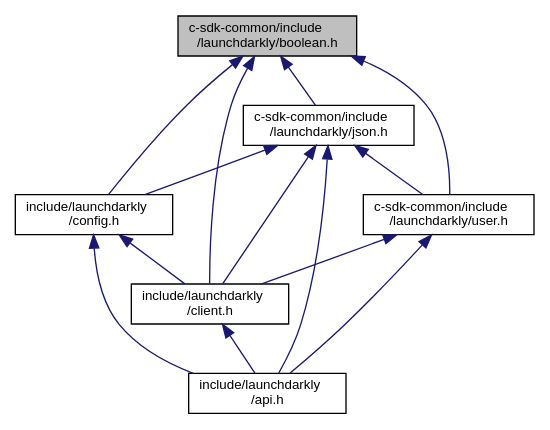
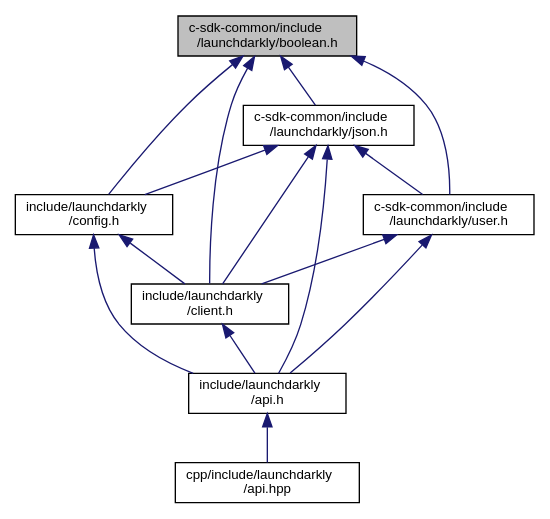
Before and after one commit to launchdarkly/c-client-sdk: the diagram in boolean_8h__dep__incl.dot, drawn with Graphviz. The commit also changed 97 other files, not shown here.

```diff
--- a/boolean_8h__dep__incl.dot
+++ b/boolean_8h__dep__incl.dot
@@ -1,24 +1,26 @@
 digraph "c-sdk-common/include/launchdarkly/boolean.h"
 {
   edge [fontname="Helvetica",fontsize="10",labelfontname="Helvetica",labelfontsize="10"];
   node [fontname="Helvetica",fontsize="10",shape=record];
   Node1 [label="c-sdk-common/include\l/launchdarkly/boolean.h",height=0.2,width=0.4,color="black", fillcolor="grey75", style="filled", fontcolor="black"];
   Node1 -> Node2 [dir="back",color="midnightblue",fontsize="10",style="solid",fontname="Helvetica"];
   Node2 [label="include/launchdarkly\l/client.h",height=0.2,width=0.4,color="black", fillcolor="white", style="filled",URL="$client_8h.html",tooltip="Public Client control and variations. "];
   Node2 -> Node3 [dir="back",color="midnightblue",fontsize="10",style="solid",fontname="Helvetica"];
   Node3 [label="include/launchdarkly\l/api.h",height=0.2,width=0.4,color="black", fillcolor="white", style="filled",URL="$api_8h.html",tooltip="Public API. Include this for every public operation. "];
-  Node1 -> Node4 [dir="back",color="midnightblue",fontsize="10",style="solid",fontname="Helvetica"];
-  Node4 [label="include/launchdarkly\l/config.h",height=0.2,width=0.4,color="black", fillcolor="white", style="filled",URL="$config_8h.html",tooltip="Public API Interface for Configuration. "];
-  Node4 -> Node2 [dir="back",color="midnightblue",fontsize="10",style="solid",fontname="Helvetica"];
-  Node4 -> Node3 [dir="back",color="midnightblue",fontsize="10",style="solid",fontname="Helvetica"];
+  Node3 -> Node4 [dir="back",color="midnightblue",fontsize="10",style="solid",fontname="Helvetica"];
+  Node4 [label="cpp/include/launchdarkly\l/api.hpp",height=0.2,width=0.4,color="black", fillcolor="white", style="filled",URL="$api_8hpp.html",tooltip="Public C++ bindings for the LaunchDarkly Client Side C/C++ SDK. "];
   Node1 -> Node5 [dir="back",color="midnightblue",fontsize="10",style="solid",fontname="Helvetica"];
-  Node5 [label="c-sdk-common/include\l/launchdarkly/json.h",height=0.2,width=0.4,color="black", fillcolor="white", style="filled",URL="$json_8h.html",tooltip="Public API Interface for JSON usage. "];
-  Node5 -> Node4 [dir="back",color="midnightblue",fontsize="10",style="solid",fontname="Helvetica"];
+  Node5 [label="include/launchdarkly\l/config.h",height=0.2,width=0.4,color="black", fillcolor="white", style="filled",URL="$config_8h.html",tooltip="Public API Interface for Configuration. "];
   Node5 -> Node2 [dir="back",color="midnightblue",fontsize="10",style="solid",fontname="Helvetica"];
-  Node5 -> Node6 [dir="back",color="midnightblue",fontsize="10",style="solid",fontname="Helvetica"];
-  Node6 [label="c-sdk-common/include\l/launchdarkly/user.h",height=0.2,width=0.4,color="black", fillcolor="white", style="filled",URL="$user_8h.html",tooltip="Public API Interface for User construction. "];
-  Node6 -> Node2 [dir="back",color="midnightblue",fontsize="10",style="solid",fontname="Helvetica"];
-  Node6 -> Node3 [dir="back",color="midnightblue",fontsize="10",style="solid",fontname="Helvetica"];
   Node5 -> Node3 [dir="back",color="midnightblue",fontsize="10",style="solid",fontname="Helvetica"];
   Node1 -> Node6 [dir="back",color="midnightblue",fontsize="10",style="solid",fontname="Helvetica"];
+  Node6 [label="c-sdk-common/include\l/launchdarkly/json.h",height=0.2,width=0.4,color="black", fillcolor="white", style="filled",URL="$json_8h.html",tooltip="Public API Interface for JSON usage. "];
+  Node6 -> Node5 [dir="back",color="midnightblue",fontsize="10",style="solid",fontname="Helvetica"];
+  Node6 -> Node2 [dir="back",color="midnightblue",fontsize="10",style="solid",fontname="Helvetica"];
+  Node6 -> Node7 [dir="back",color="midnightblue",fontsize="10",style="solid",fontname="Helvetica"];
+  Node7 [label="c-sdk-common/include\l/launchdarkly/user.h",height=0.2,width=0.4,color="black", fillcolor="white", style="filled",URL="$user_8h.html",tooltip="Public API Interface for User construction. "];
+  Node7 -> Node2 [dir="back",color="midnightblue",fontsize="10",style="solid",fontname="Helvetica"];
+  Node7 -> Node3 [dir="back",color="midnightblue",fontsize="10",style="solid",fontname="Helvetica"];
+  Node6 -> Node3 [dir="back",color="midnightblue",fontsize="10",style="solid",fontname="Helvetica"];
+  Node1 -> Node7 [dir="back",color="midnightblue",fontsize="10",style="solid",fontname="Helvetica"];
 }
```
